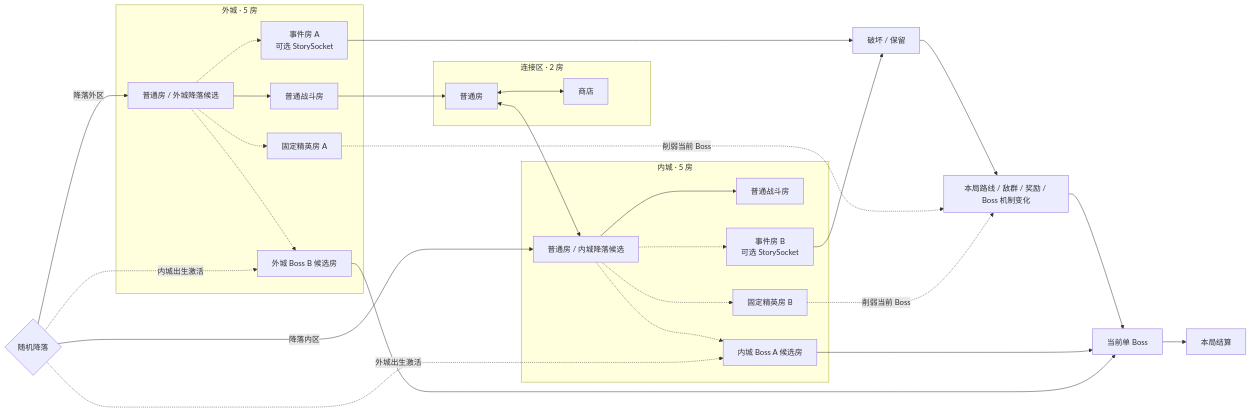
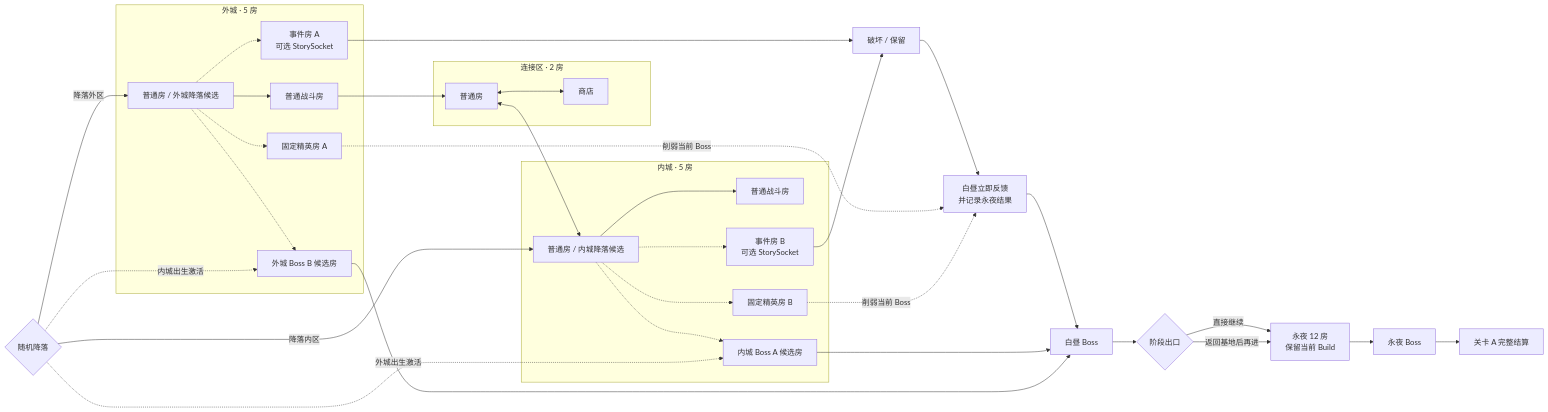
Before and after one commit to Neilyodoge/Gate-of-Babylon: the diagram in docs/game/design/ideas/关卡A_地图情报与分支草案.md, drawn with Mermaid. The commit also changed other lines of this file and 398 other files, not shown here.

````diff
--- a/docs/game/design/ideas/关卡A_地图情报与分支草案.md
+++ b/docs/game/design/ideas/关卡A_地图情报与分支草案.md
@@ -41,52 +49,56 @@
 ```mermaid
 flowchart LR
     Start{随机降落}
 
     subgraph Outer[外城 · 5 房]
         OLanding[普通房 / 外城降落候选]
         OuterCombat[普通战斗房]
         OuterElite[固定精英房 A]
         OuterEvent[事件房 A<br/>可选 StorySocket]
         BossB[外城 Boss B 候选房]
     end
 
     subgraph Transition[连接区 · 2 房]
         TransitionCombat[普通房]
         Shop[商店]
     end
 
     subgraph Inner[内城 · 5 房]
         ILanding[普通房 / 内城降落候选]
         InnerCombat[普通战斗房]
         InnerElite[固定精英房 B]
         InnerEvent[事件房 B<br/>可选 StorySocket]
         BossA[内城 Boss A 候选房]
     end
 
     Start -->|降落外区| OLanding
     Start -->|降落内区| ILanding
     OLanding --> OuterCombat
     OuterCombat --> TransitionCombat
     TransitionCombat <--> Shop
     TransitionCombat <--> ILanding
 
     OLanding -.-> OuterElite
     OLanding -.-> OuterEvent
     OLanding -.-> BossB
     ILanding -.-> InnerElite
     ILanding -.-> InnerEvent
     ILanding --> InnerCombat
     ILanding -.-> BossA
 
     Start -. 外城出生激活 .-> BossA
     Start -. 内城出生激活 .-> BossB
     OuterEvent --> Choice[破坏 / 保留]
     InnerEvent --> Choice
-    Choice --> Immediate[本局路线 / 敌群 / 奖励 / Boss 机制变化]
+    Choice --> Immediate[白昼立即反馈<br/>并记录永夜结果]
     OuterElite -. 削弱当前 Boss .-> Immediate
     InnerElite -. 削弱当前 Boss .-> Immediate
-    Immediate --> ActiveBoss[当前单 Boss]
+    Immediate --> ActiveBoss[白昼 Boss]
     BossA --> ActiveBoss
     BossB --> ActiveBoss
-    ActiveBoss --> Final[本局结算]
+    ActiveBoss --> PhaseExit{阶段出口}
+    PhaseExit -->|直接继续| Night[永夜 12 房<br/>保留当前 Build]
+    PhaseExit -->|返回基地后再进| Night
+    Night --> NightBoss[永夜 Boss]
+    NightBoss --> Final[关卡 A 完整结算]
 ```
````
